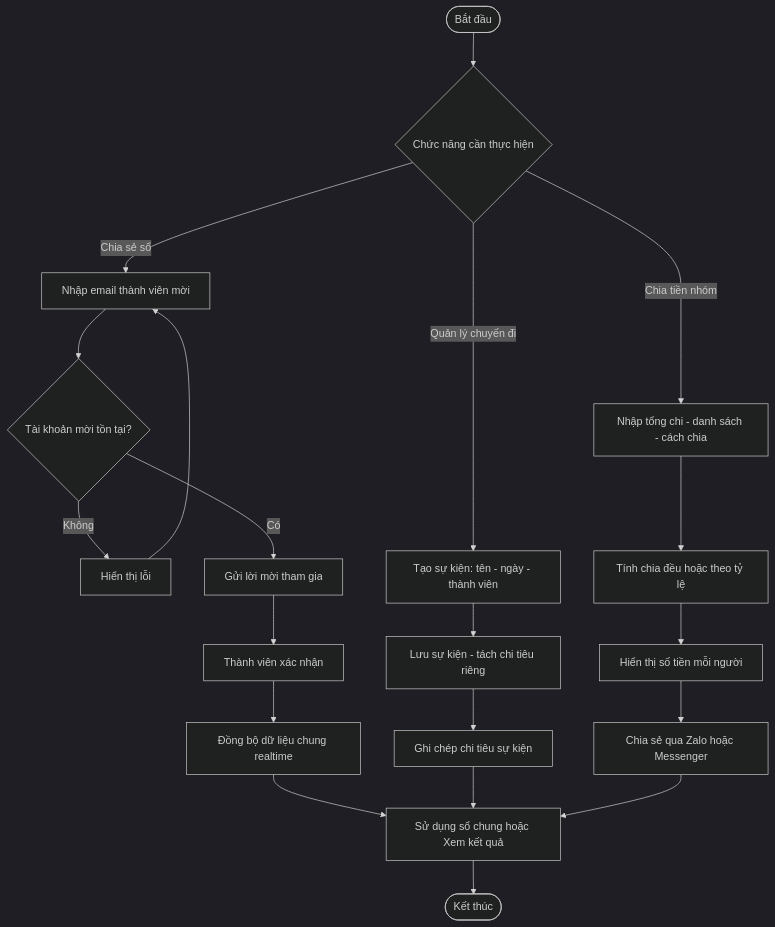
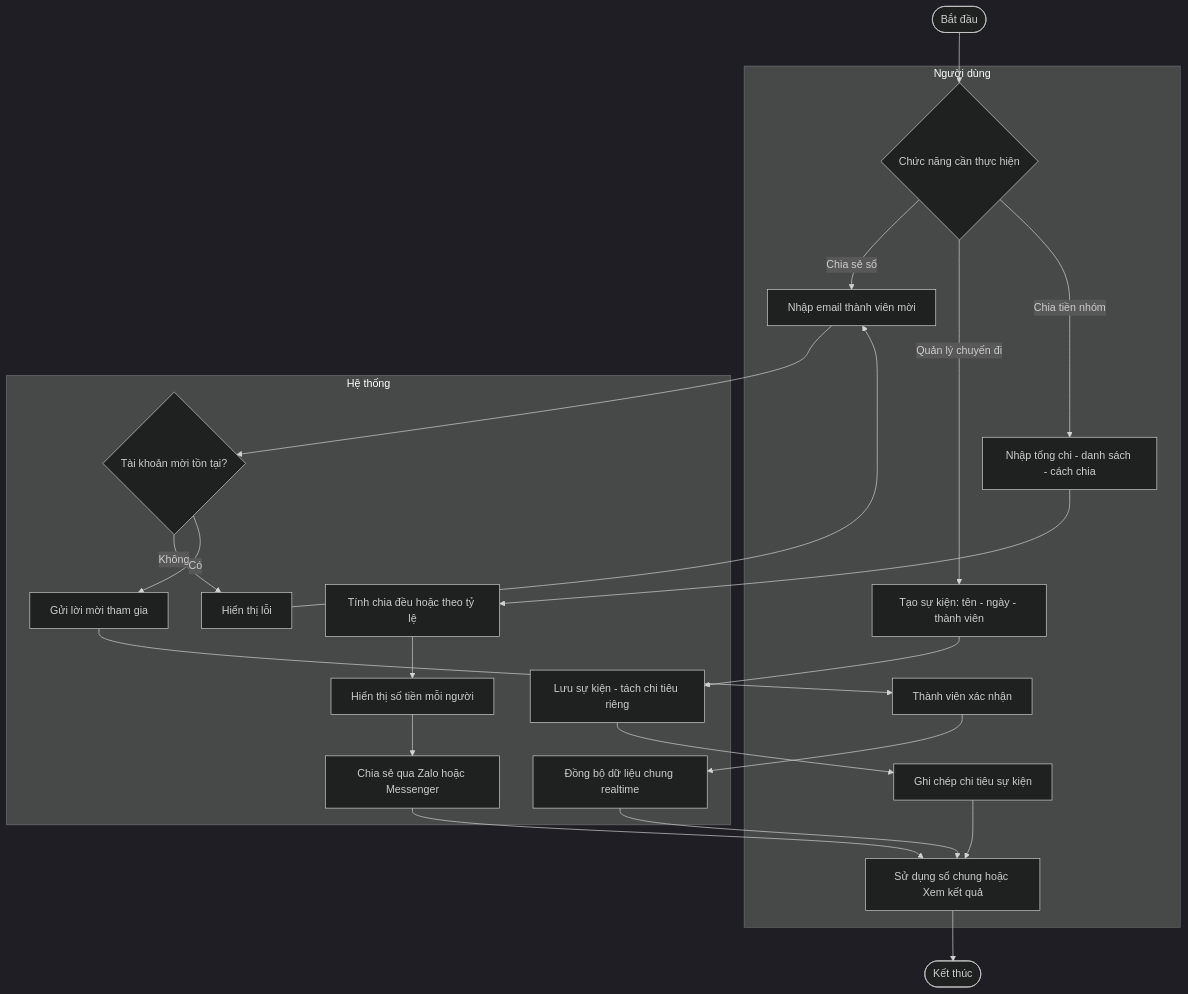
The tenth of 10 diagrams in Nghiên cứu MISA MoneyKeeper.md (Hieu-vn/Graduation-Thesis), drawn with Mermaid (dark theme) before and after one commit. The commit also changed other lines of this file, not shown here.

````diff
--- a/Nghiên cứu MISA MoneyKeeper.md
+++ b/Nghiên cứu MISA MoneyKeeper.md
@@ -302,21 +524,46 @@
 ```mermaid
 flowchart TD
-    A([Bắt đầu]) --> B{Chức năng cần thực hiện}
-    B -->|Chia sẻ sổ| C[Nhập email thành viên mời]
-    C --> F{Tài khoản mời tồn tại?}
-    F -->|Không| F2[Hiển thị lỗi] --> C
-    F -->|Có| G[Gửi lời mời tham gia]
-    G --> G2[Thành viên xác nhận]
-    G2 --> H[Đồng bộ dữ liệu chung realtime]
-    H --> L[Sử dụng sổ chung hoặc Xem kết quả]
-    B -->|Quản lý chuyến đi| D[Tạo sự kiện: tên - ngày - thành viên]
-    D --> I[Lưu sự kiện - tách chi tiêu riêng]
-    I --> I2[Ghi chép chi tiêu sự kiện]
+    A([Bắt đầu])
+
+    subgraph NguoiDung["Người dùng"]
+        B{Chức năng cần thực hiện}
+        C[Nhập email thành viên mời]
+        D[Tạo sự kiện: tên - ngày - thành viên]
+        E[Nhập tổng chi - danh sách - cách chia]
+        G2[Thành viên xác nhận]
+        I2[Ghi chép chi tiêu sự kiện]
+        L[Sử dụng sổ chung hoặc Xem kết quả]
+    end
+
+    subgraph HeThong["Hệ thống"]
+        F{Tài khoản mời tồn tại?}
+        F2[Hiển thị lỗi]
+        G[Gửi lời mời tham gia]
+        H[Đồng bộ dữ liệu chung realtime]
+        I[Lưu sự kiện - tách chi tiêu riêng]
+        J[Tính chia đều hoặc theo tỷ lệ]
+        K[Hiển thị số tiền mỗi người]
+        K2[Chia sẻ qua Zalo hoặc Messenger]
+    end
+
+    M([Kết thúc])
+
+    A --> B
+    B -->|Chia sẻ sổ| C
+    C --> F
+    F -->|Không| F2 --> C
+    F -->|Có| G
+    G --> G2
+    G2 --> H
+    H --> L
+    B -->|Quản lý chuyến đi| D
+    D --> I
+    I --> I2
     I2 --> L
-    B -->|Chia tiền nhóm| E[Nhập tổng chi - danh sách - cách chia]
-    E --> J[Tính chia đều hoặc theo tỷ lệ]
-    J --> K[Hiển thị số tiền mỗi người]
-    K --> K2[Chia sẻ qua Zalo hoặc Messenger]
+    B -->|Chia tiền nhóm| E
+    E --> J
+    J --> K
+    K --> K2
     K2 --> L
-    L --> M([Kết thúc])
+    L --> M
 ```
````
